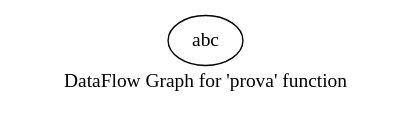
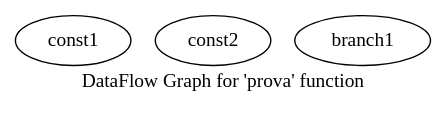
The diagram in DOTGrafs/prova.dot (QuimMarset/TFG), drawn with Graphviz before and after one commit. The commit also changed 12 other files, not shown here.

```diff
--- a/DOTGrafs/prova.dot
+++ b/DOTGrafs/prova.dot
@@ -1,7 +1,8 @@
 digraph "DataFlow Graph for 'prova' function" {
 	label="DataFlow Graph for 'prova' function";
 
-	abc[shape=oval, label="abc", type = "Operator", in = "in1:32 in2:32", out = "out1:32 out2:32"];
-	abc[shape=oval, label="abc", type = "Buffer", in = "in1:32 in2:32", out = "out1:32 out2:32", slots = "24", transparent = "0"];
+	const1[shape=oval, label="const1", type = "Constant", in = "", out = "out", value = "3"];
+	const2[shape=oval, label="const2", type = "Constant", in = "", out = "out", value = "3.2"];
+	branch1[shape=oval, label="branch1", type = "Select", in = "in inCondition? outTrue+ outFalse-", out = ""];
 
 }
```
